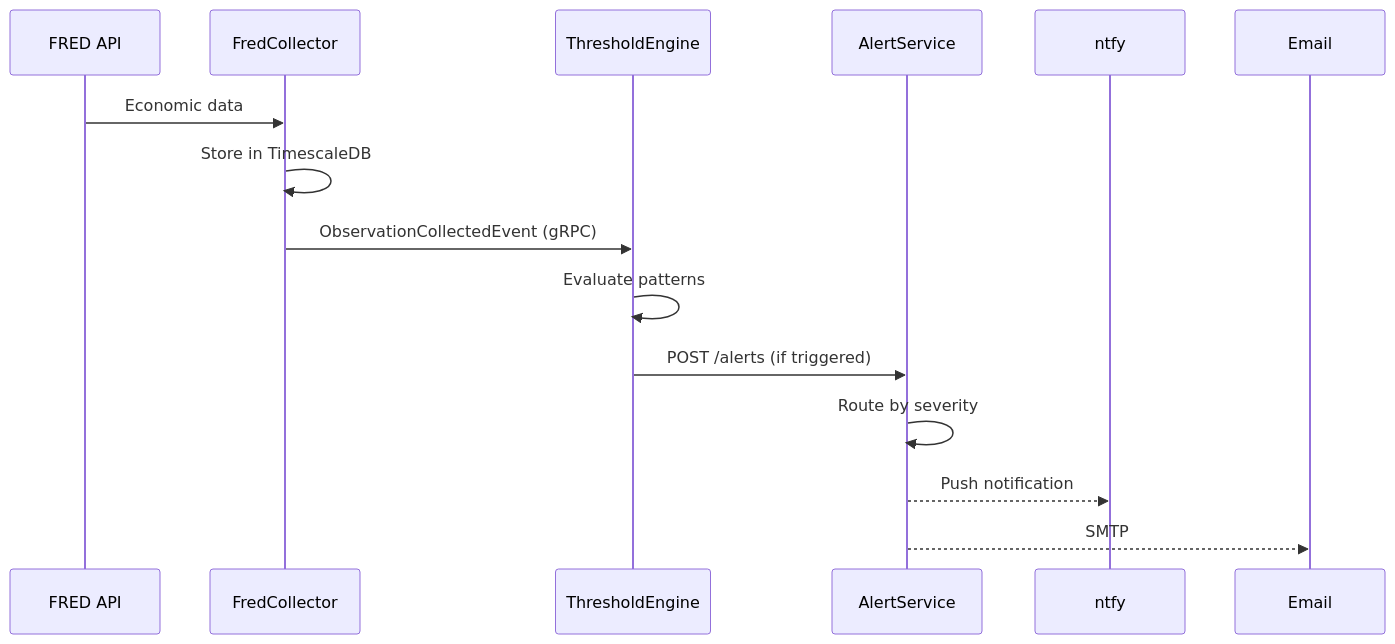
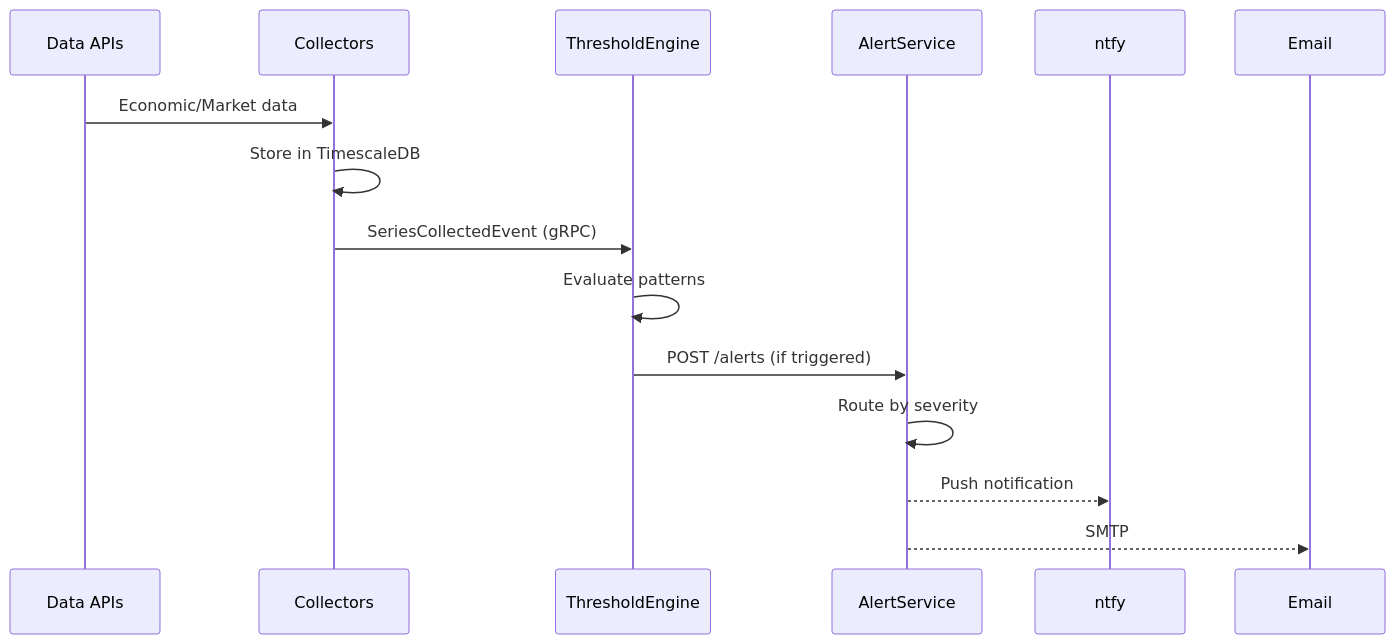
One commit to jpansarasa/ATLAS-Docs changed the second of 2 diagrams in docs/ARCHITECTURE.md. Above: the diagram before and after it, drawn with Mermaid. The commit also changed other lines of this file and 5 other files, not shown here.

````diff
--- a/docs/ARCHITECTURE.md
+++ b/docs/ARCHITECTURE.md
@@ -53,16 +59,16 @@
 ```mermaid
 sequenceDiagram
-    participant FRED as FRED API
-    participant FC as FredCollector
+    participant APIs as Data APIs
+    participant COL as Collectors
     participant TE as ThresholdEngine
     participant AS as AlertService
 
-    FRED->>FC: Economic data
-    FC->>FC: Store in TimescaleDB
-    FC->>TE: ObservationCollectedEvent (gRPC)
+    APIs->>COL: Economic/Market data
+    COL->>COL: Store in TimescaleDB
+    COL->>TE: SeriesCollectedEvent (gRPC)
     TE->>TE: Evaluate patterns
     TE->>AS: POST /alerts (if triggered)
     AS->>AS: Route by severity
     AS-->>ntfy: Push notification
     AS-->>Email: SMTP
 ```
````
